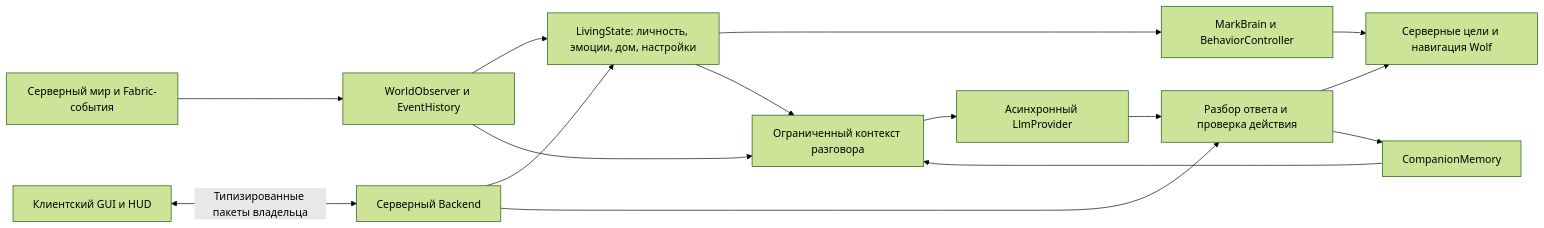
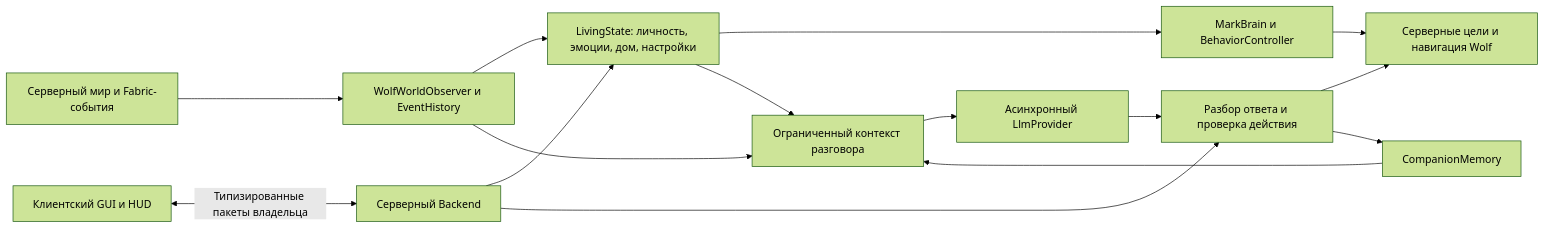
One commit to AllCach/markAI changed the diagram in ARCHITECTURE.md. Above: the diagram before and after it, drawn with Mermaid (forest theme).

Commit message:
Align architecture diagram and inventory naming with current classes

````diff
--- a/ARCHITECTURE.md
+++ b/ARCHITECTURE.md
@@ -17,17 +17,17 @@
 ```mermaid
 flowchart LR
-  World[Серверный мир и Fabric-события] --> Perception[WorldObserver и EventHistory]
+  World[Серверный мир и Fabric-события] --> Perception[WolfWorldObserver и EventHistory]
   Perception --> Living[LivingState: личность, эмоции, дом, настройки]
   Living --> Brain[MarkBrain и BehaviorController]
   Brain --> Goals[Серверные цели и навигация Wolf]
   Perception --> Context[Ограниченный контекст разговора]
   Living --> Context
   Memory[CompanionMemory] --> Context
   Context --> Provider[Асинхронный LlmProvider]
   Provider --> Validate[Разбор ответа и проверка действия]
   Validate --> Goals
   Validate --> Memory
   UI[Клиентский GUI и HUD] <-->|Типизированные пакеты владельца| Bridge[Серверный Backend]
   Bridge --> Living
   Bridge --> Validate
 ```
````
